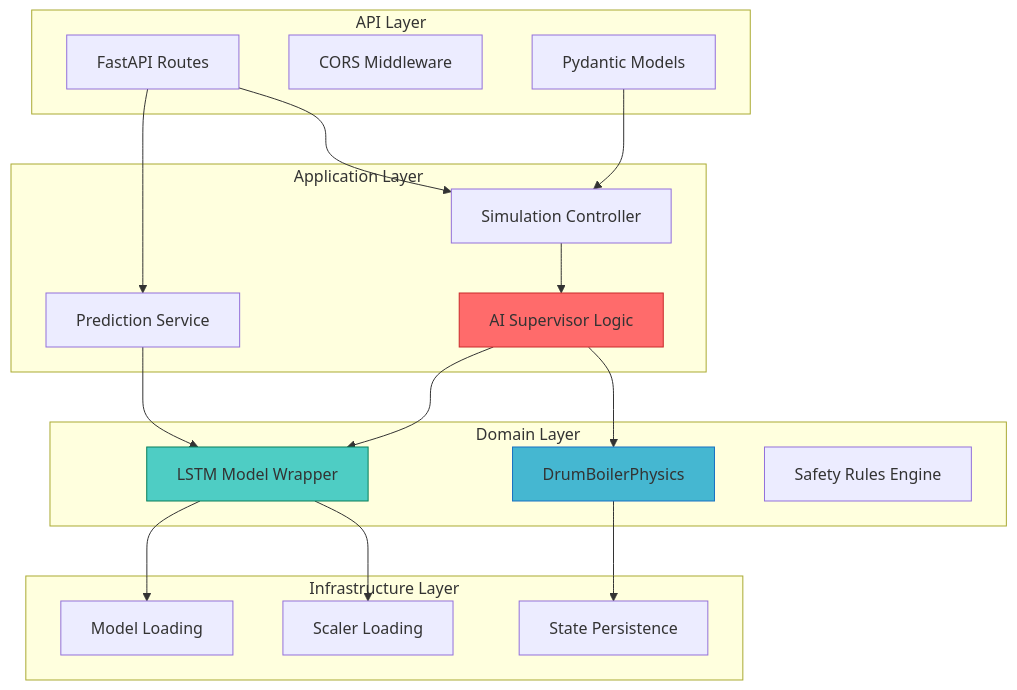
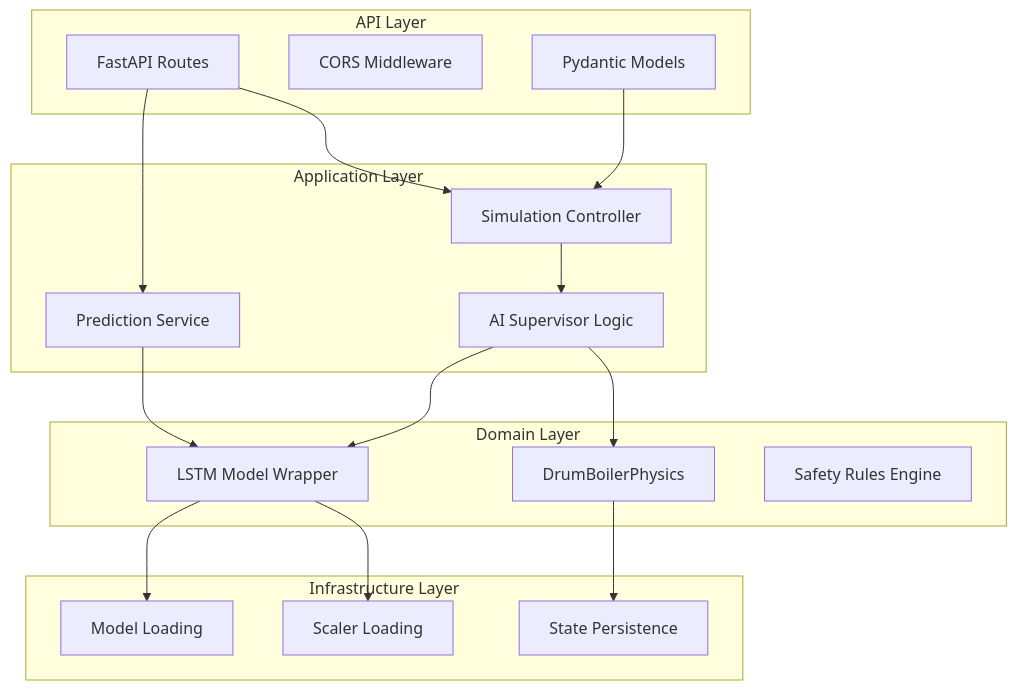
Before and after one commit to Divesh-Kshirsagar/BIMCS: the first of 6 diagrams in docs/backend.md, drawn with Mermaid. The commit also changed other lines of this file and 7 other files, not shown here.

Commit message:
refactor: remove unnecessary style definitions from documentation diagrams

````diff
--- a/docs/backend.md
+++ b/docs/backend.md
@@ -47,41 +47,38 @@
 ```mermaid
 graph TB
     subgraph "API Layer"
         A[FastAPI Routes]
         B[CORS Middleware]
         C[Pydantic Models]
     end
     
     subgraph "Application Layer"
         D[Simulation Controller]
         E[Prediction Service]
         F[AI Supervisor Logic]
     end
     
     subgraph "Domain Layer"
         G[DrumBoilerPhysics]
         H[LSTM Model Wrapper]
         I[Safety Rules Engine]
     end
     
     subgraph "Infrastructure Layer"
         J[Model Loading]
         K[Scaler Loading]
         L[State Persistence]
     end
     
     A --> D
     A --> E
     C --> D
     D --> F
     E --> H
     F --> G
     F --> H
     H --> J
     H --> K
     G --> L
     
-    style F fill:#ff6b6b,stroke:#c92a2a
-    style G fill:#45b7d1,stroke:#1971c2
-    style H fill:#4ecdc4,stroke:#087f5b
 ```
````
